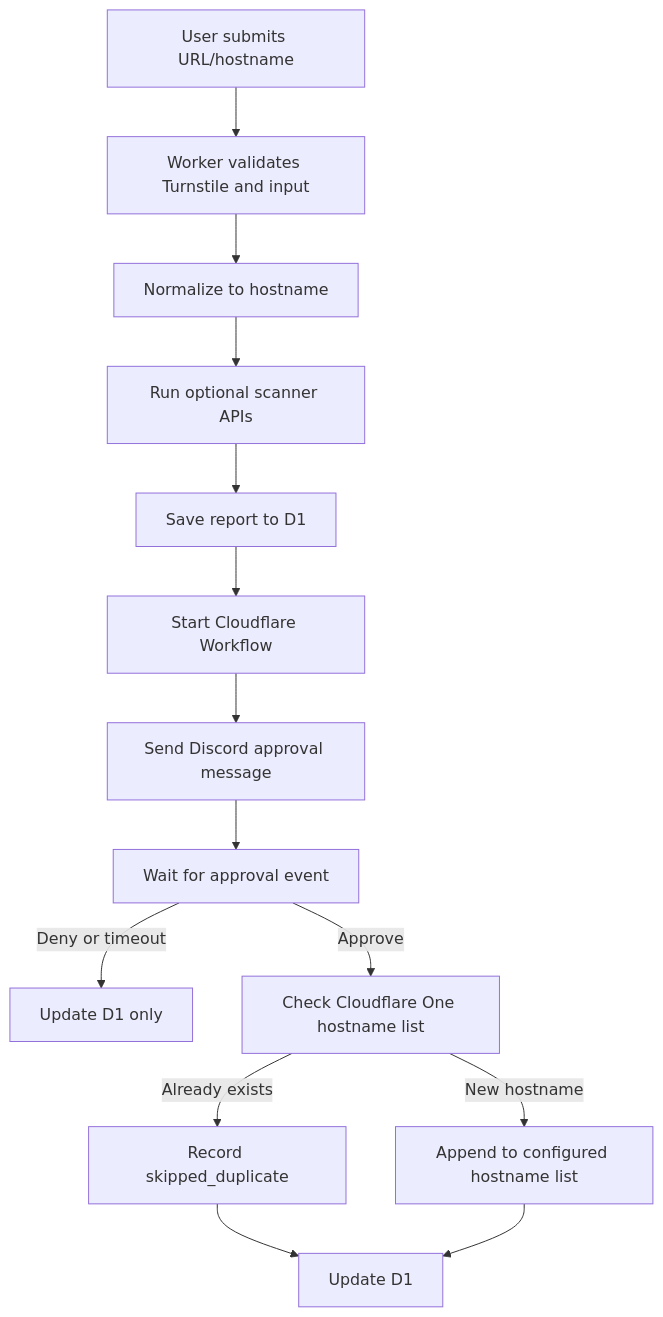
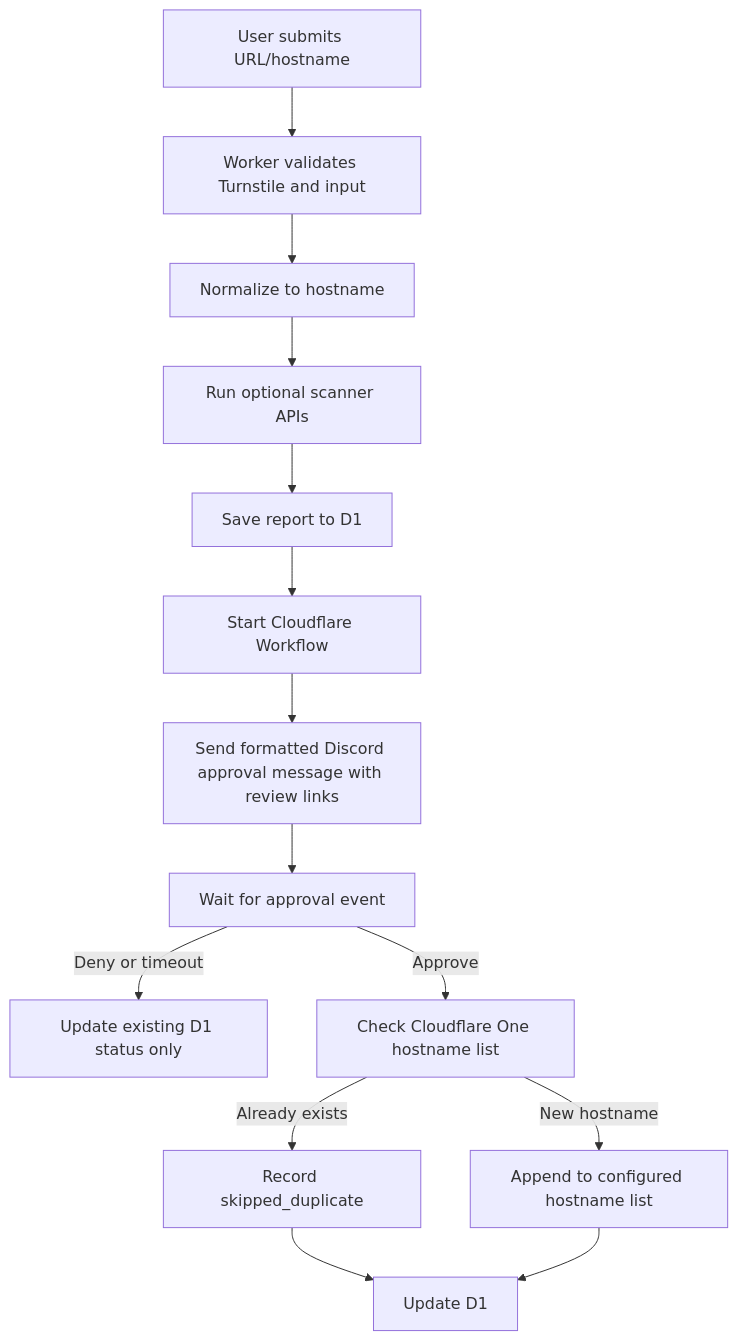
The diagram in README.md (DavidJKTofan/phishing-submission-collector), drawn with Mermaid before and after one commit. The commit also changed other lines of this file and 3 other files, not shown here.

````diff
--- a/README.md
+++ b/README.md
@@ -20,16 +20,16 @@
 ```mermaid
 flowchart TD
     A["User submits URL/hostname"] --> B["Worker validates Turnstile and input"]
     B --> C["Normalize to hostname"]
     C --> D["Run optional scanner APIs"]
     D --> E["Save report to D1"]
     E --> F["Start Cloudflare Workflow"]
-    F --> G["Send Discord approval message"]
+    F --> G["Send formatted Discord approval message with review links"]
     G --> H["Wait for approval event"]
-    H -->|Deny or timeout| I["Update D1 only"]
+    H -->|Deny or timeout| I["Update existing D1 status only"]
     H -->|Approve| J["Check Cloudflare One hostname list"]
     J -->|Already exists| K["Record skipped_duplicate"]
     J -->|New hostname| L["Append to configured hostname list"]
     K --> M["Update D1"]
     L --> M
 ```
````
